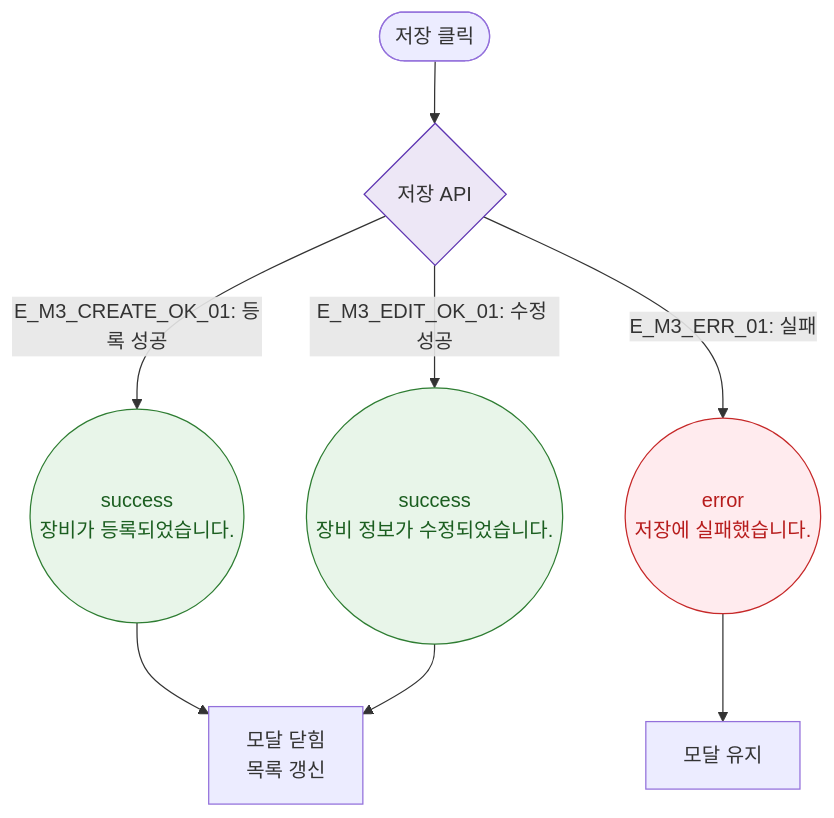
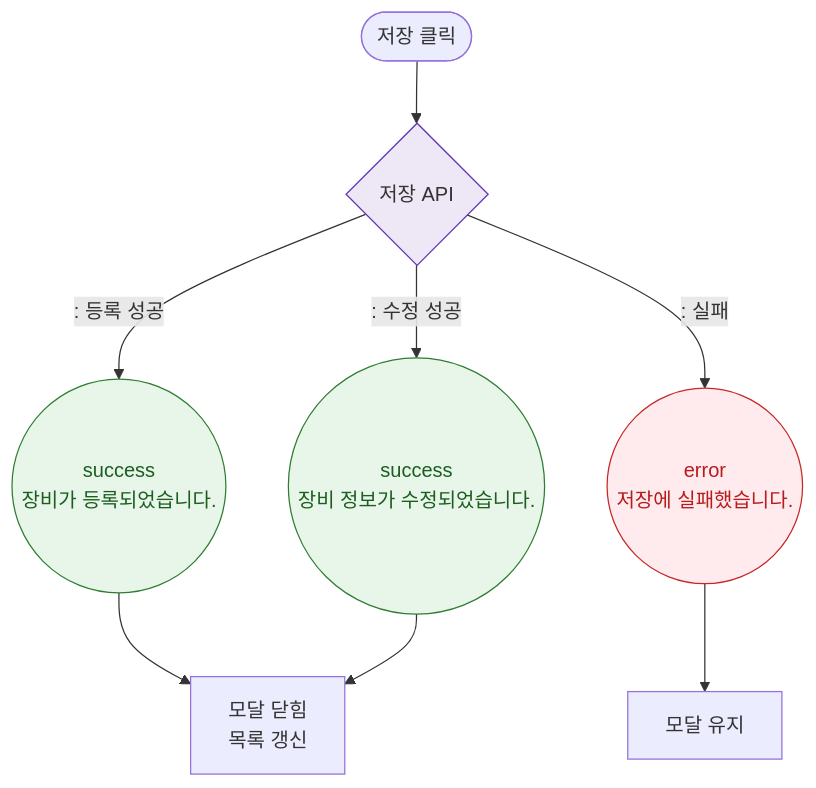
The diagram in docs/다이어그램/D06_시설관리/DLG/DLG-056-001_장비등록/M3_결과분기.md (dev-spogym/admin-pando), drawn with Mermaid before and after one commit. The commit also changed other lines of this file and 1660 other files, not shown here.

First line of the commit message:
다이어그램: 기획자/클라이언트 납품본으로 정리

````diff
--- a/docs/다이어그램/D06_시설관리/DLG/DLG-056-001_장비등록/M3_결과분기.md
+++ b/docs/다이어그램/D06_시설관리/DLG/DLG-056-001_장비등록/M3_결과분기.md
@@ -16,16 +14,16 @@
 ```mermaid
 flowchart TD
     ACTION([저장 클릭]) --> SaveAPI{저장 API}
-    SaveAPI -->|"E_M3_CREATE_OK_01: 등록 성공"| CreateToast((success\n장비가 등록되었습니다.))
-    SaveAPI -->|"E_M3_EDIT_OK_01: 수정 성공"| EditToast((success\n장비 정보가 수정되었습니다.))
-    SaveAPI -->|"E_M3_ERR_01: 실패"| ErrToast((error\n저장에 실패했습니다.))
+    SaveAPI -->|": 등록 성공"|CreateToast((success\n장비가 등록되었습니다.))
+    SaveAPI -->|": 수정 성공"|EditToast((success\n장비 정보가 수정되었습니다.))
+    SaveAPI -->|": 실패"|ErrToast((error\n저장에 실패했습니다.))
     CreateToast & EditToast --> CLOSE[모달 닫힘\n목록 갱신]
     ErrToast --> STAY[모달 유지]
 
     classDef success fill:#E8F5E9,stroke:#2E7D32,color:#1B5E20
     classDef error fill:#FFEBEE,stroke:#C62828,color:#B71C1C
     classDef system fill:#EDE7F6,stroke:#5E35B2
     class CreateToast,EditToast success
     class ErrToast error
     class SaveAPI system
 ```
````
